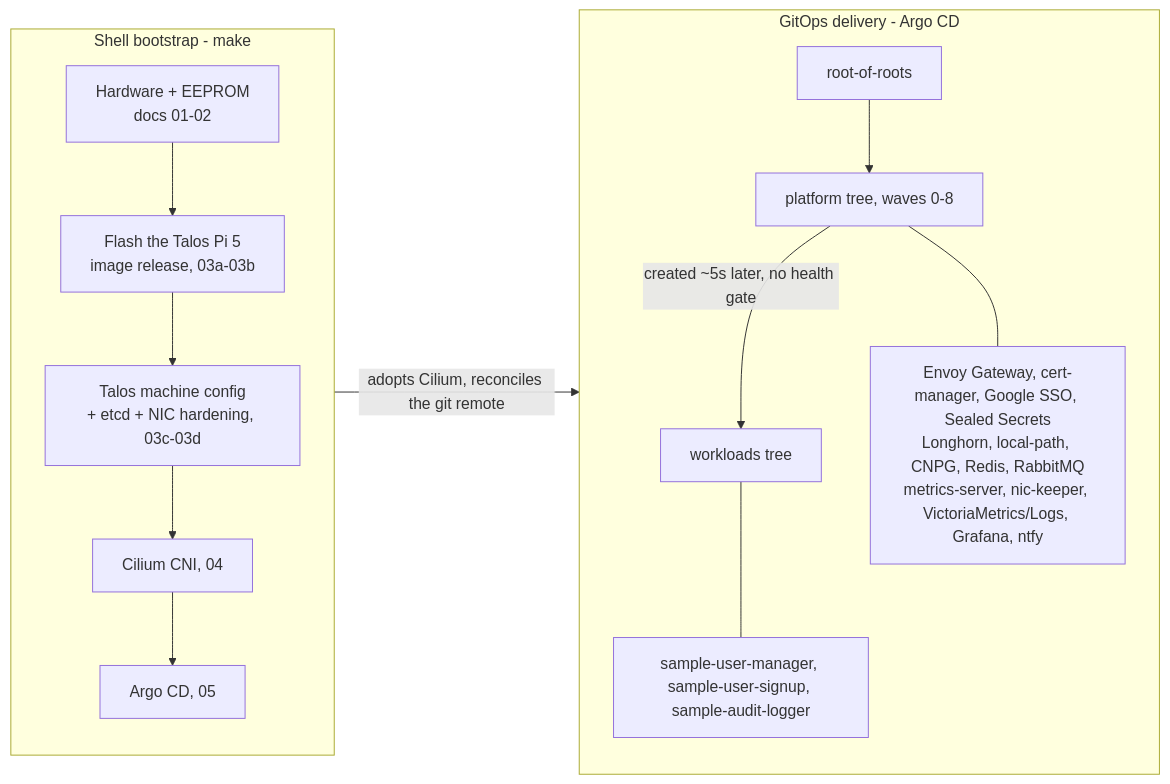
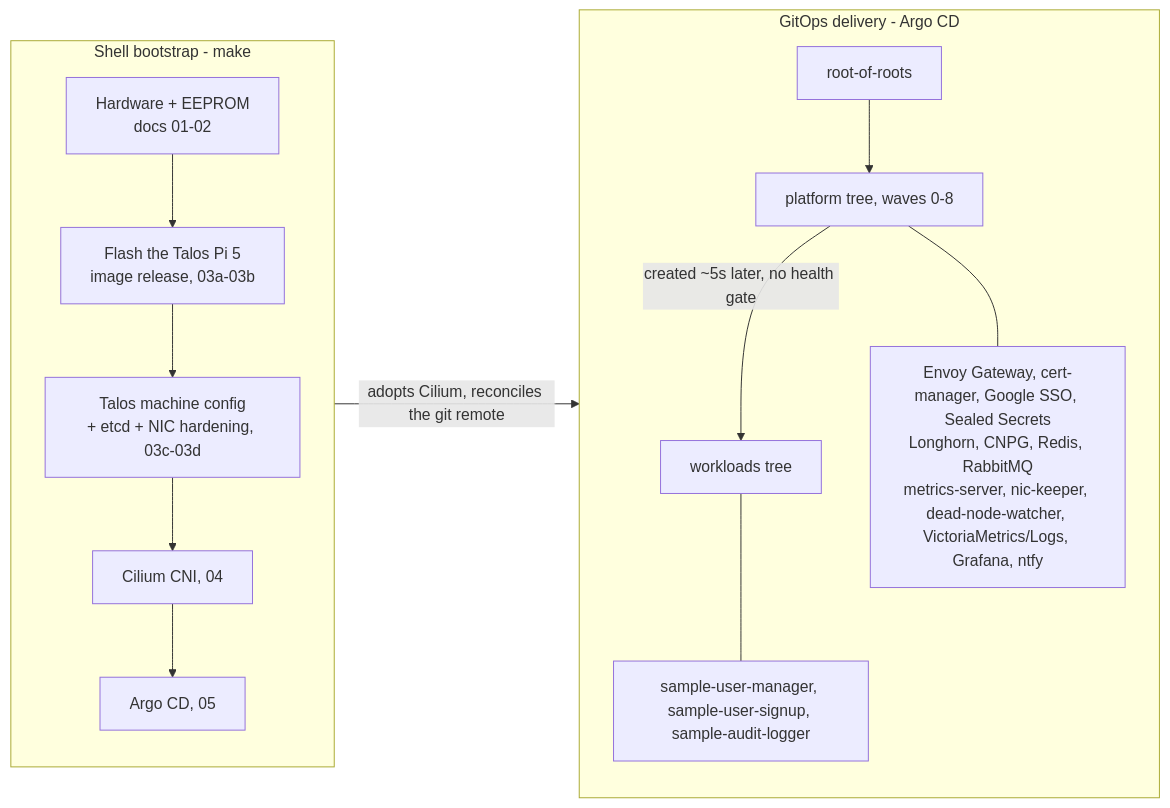
One commit to yama6a/offgrid changed the diagram in README.md. Above: the diagram before and after it, drawn with Mermaid. The commit also changed other lines of this file and 42 other files, not shown here.

Commit message:
storage: everything on Longhorn, drop local-path

````diff
--- a/README.md
+++ b/README.md
@@ -112,18 +112,18 @@
 ```mermaid
 flowchart LR
     subgraph imp["Shell bootstrap - make"]
         direction TB
         HW["Hardware + EEPROM<br/>docs 01-02"] --> IMG["Flash the Talos Pi 5<br/>image release, 03a-03b"]
         IMG --> TAL["Talos machine config<br/>+ etcd + NIC hardening, 03c-03d"]
         TAL --> CIL["Cilium CNI, 04"]
         CIL --> ARGO["Argo CD, 05"]
     end
     ARGO -->|" adopts Cilium, reconciles the git remote "| ROOT["root-of-roots"]
     subgraph gitops["GitOps delivery - Argo CD"]
         direction TB
         ROOT --> PLAT["platform tree, waves 0-8"]
         PLAT -->|" created ~5s later, no health gate "| WORK["workloads tree"]
-        PLAT --- PC["Envoy Gateway, cert-manager, Google SSO, Sealed Secrets<br/>Longhorn, local-path, CNPG, Redis, RabbitMQ<br/>metrics-server, nic-keeper, VictoriaMetrics/Logs, Grafana, ntfy"]
+        PLAT --- PC["Envoy Gateway, cert-manager, Google SSO, Sealed Secrets<br/>Longhorn, CNPG, Redis, RabbitMQ<br/>metrics-server, nic-keeper, dead-node-watcher, VictoriaMetrics/Logs, Grafana, ntfy"]
         WORK --- WC["sample-user-manager, sample-user-signup, sample-audit-logger"]
     end
 ```
````
